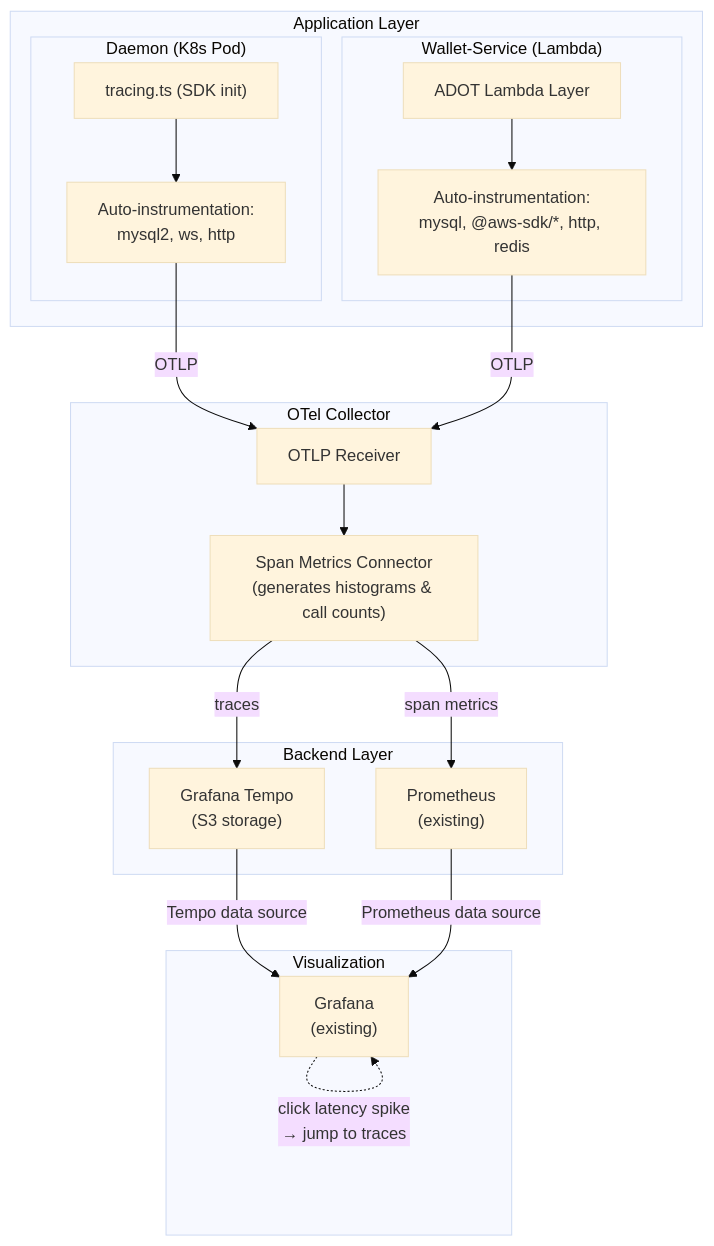
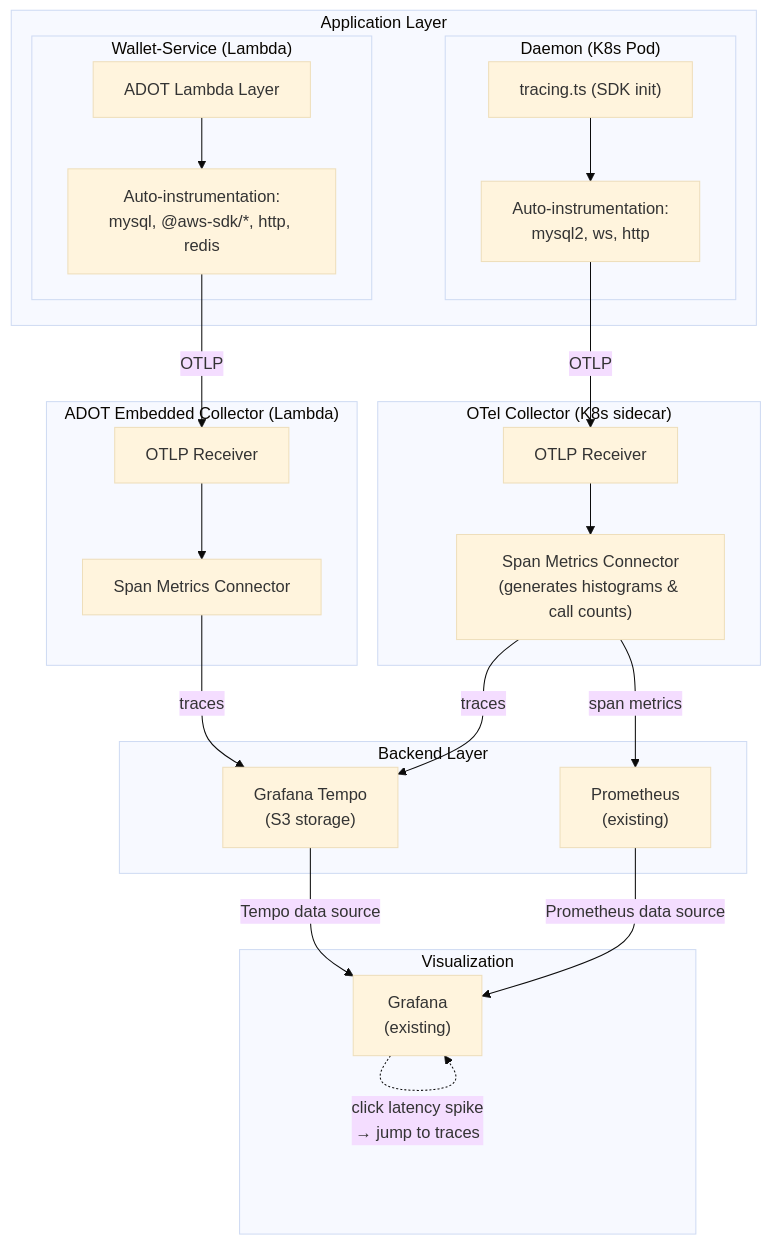
Before and after one commit to HathorNetwork/rfcs: the diagram in projects/wallet-service/0001-opentelemetry-observability.md, drawn with Mermaid (base theme). The commit also changed other lines of this file, not shown here.

First line of the commit message:
docs: address Luis's review - alertmanager, severities, diagram, S3/IAM

````diff
--- a/projects/wallet-service/0001-opentelemetry-observability.md
+++ b/projects/wallet-service/0001-opentelemetry-observability.md
@@ -87,42 +87,49 @@
 ```mermaid
 graph TD
     subgraph sources ["Application Layer"]
         subgraph daemon ["Daemon (K8s Pod)"]
             D_SDK["tracing.ts (SDK init)"]
             D_AUTO["Auto-instrumentation:<br/>mysql2, ws, http"]
             D_SDK --> D_AUTO
         end
 
         subgraph lambdas ["Wallet-Service (Lambda)"]
             L_ADOT["ADOT Lambda Layer"]
             L_AUTO["Auto-instrumentation:<br/>mysql, @aws-sdk/*, http, redis"]
             L_ADOT --> L_AUTO
         end
     end
 
-    subgraph collector ["OTel Collector"]
+    subgraph collector ["OTel Collector (K8s sidecar)"]
         OTLP_IN["OTLP Receiver"]
         SMC["Span Metrics Connector<br/>(generates histograms & call counts)"]
         OTLP_IN --> SMC
+    end
+
+    subgraph lambda_collector ["ADOT Embedded Collector (Lambda)"]
+        L_OTLP["OTLP Receiver"]
+        L_SMC["Span Metrics Connector"]
+        L_OTLP --> L_SMC
     end
 
     subgraph backends ["Backend Layer"]
         TEMPO["Grafana Tempo<br/>(S3 storage)"]
         PROM["Prometheus<br/>(existing)"]
     end
 
     subgraph viz ["Visualization"]
         GRAFANA["Grafana<br/>(existing)"]
     end
 
     D_AUTO -->|OTLP| OTLP_IN
-    L_AUTO -->|OTLP| OTLP_IN
+    L_AUTO -->|OTLP| L_OTLP
 
     SMC -->|traces| TEMPO
     SMC -->|span metrics| PROM
+    L_SMC -->|traces| TEMPO
 
     TEMPO -->|Tempo data source| GRAFANA
     PROM -->|Prometheus data source| GRAFANA
 
     GRAFANA -.->|"click latency spike<br/>→ jump to traces"| GRAFANA
 ```
````
